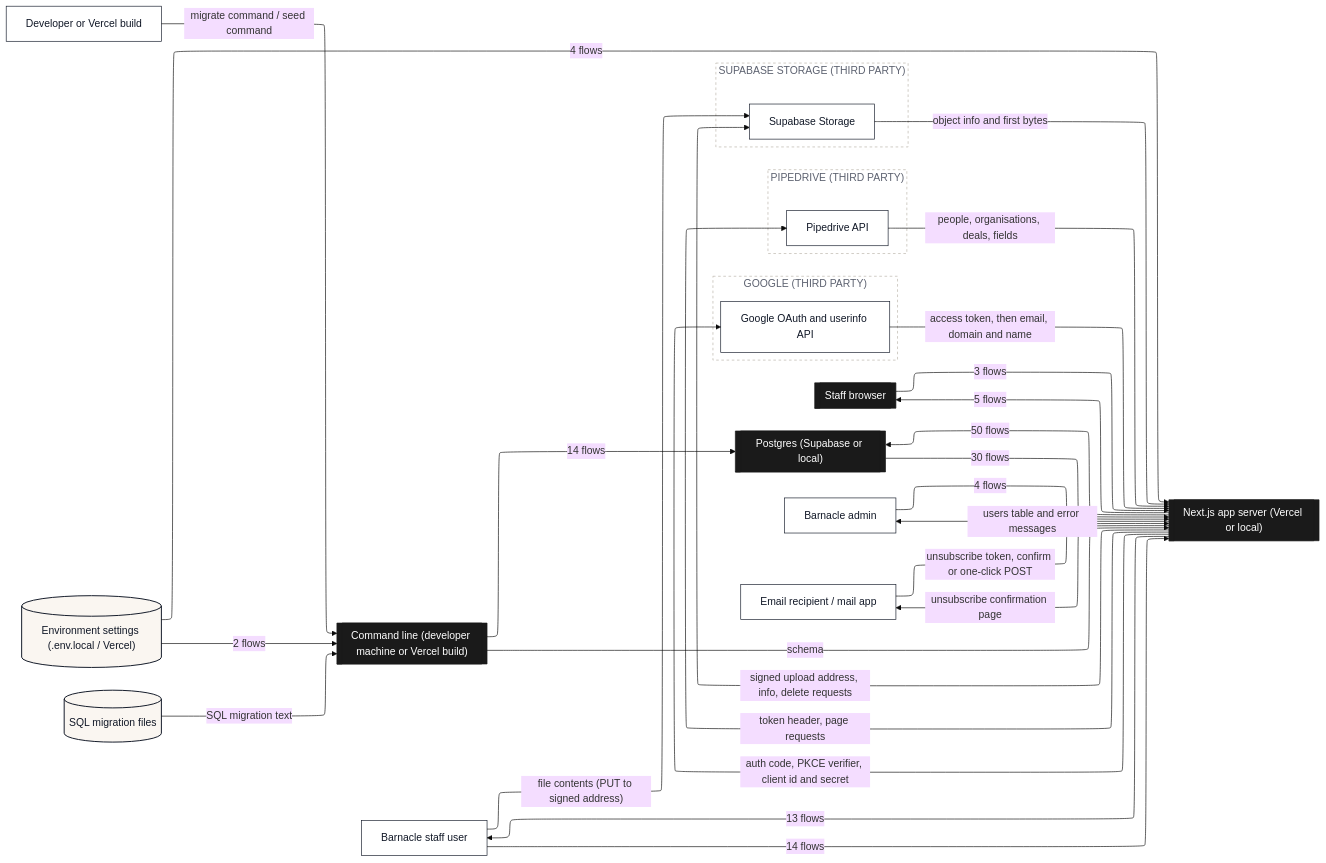
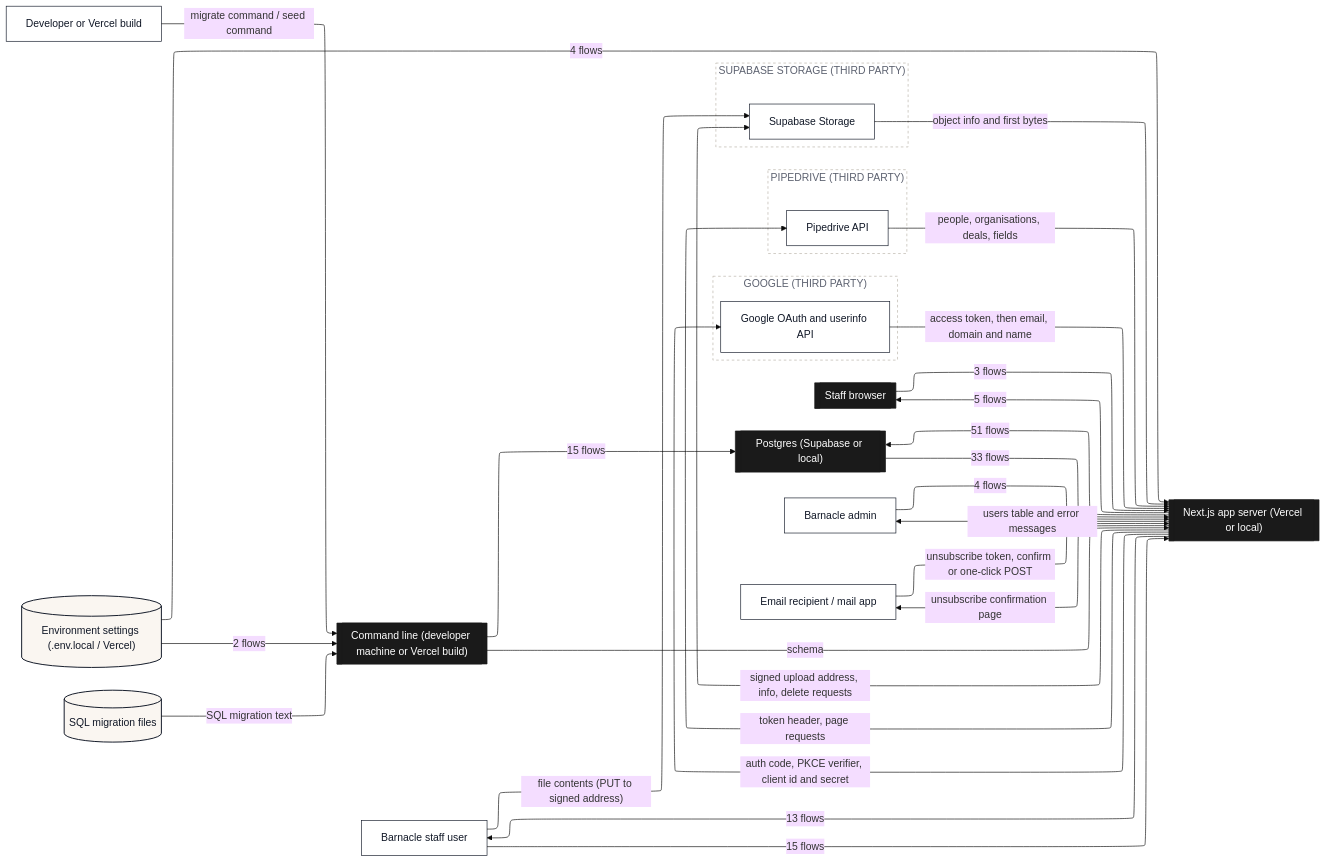
Before and after one commit to Romain-Perche/Barnacle-Pipe: the second of 14 diagrams in dataflow/DATAFLOW.md, drawn with Mermaid (base theme). The commit also changed other lines of this file and 10 other files, not shown here.

````diff
--- a/dataflow/DATAFLOW.md
+++ b/dataflow/DATAFLOW.md
@@ -132,61 +137,61 @@
 ```mermaid
 ---
 config:
   layout: elk
 ---
 flowchart LR
     n1[["Next.js app server (Vercel or local)"]]
     n2[["Staff browser"]]
     n3[["Command line (developer machine or Vercel build)"]]
     n4[["Postgres (Supabase or local)"]]
     n5["Barnacle admin"]
     n6["Developer or Vercel build"]
     n7["Email recipient / mail app"]
     n8[("Environment settings (.env.local / Vercel)")]
     n9[("SQL migration files")]
     n10["Barnacle staff user"]
     subgraph z1["GOOGLE (THIRD PARTY)"]
         n11["Google OAuth and userinfo API"]
     end
     subgraph z2["PIPEDRIVE (THIRD PARTY)"]
         n12["Pipedrive API"]
     end
     subgraph z3["SUPABASE STORAGE (THIRD PARTY)"]
         n13["Supabase Storage"]
     end
-    n1 -->|"50 flows"| n4
+    n1 -->|"51 flows"| n4
     n1 -->|"13 flows"| n10
-    n4 -->|"30 flows"| n1
+    n4 -->|"33 flows"| n1
     n5 -->|"4 flows"| n1
     n2 -->|"3 flows"| n1
     n6 -->|"migrate command / seed command"| n3
     n7 -->|"unsubscribe token, confirm or one-click POST"| n1
     n8 -->|"4 flows"| n1
     n8 -->|"2 flows"| n3
     n1 -->|"5 flows"| n2
     n1 -->|"signed upload address, info, delete requests"| n13
     n1 -->|"auth code, PKCE verifier, client id and secret"| n11
     n11 -->|"access token, then email, domain and name"| n1
-    n3 -->|"14 flows"| n4
+    n3 -->|"15 flows"| n4
     n3 -->|"schema"| n1
     n9 -->|"SQL migration text"| n3
     n12 -->|"people, organisations, deals, fields"| n1
     n1 -->|"token header, page requests"| n12
-    n10 -->|"14 flows"| n1
+    n10 -->|"15 flows"| n1
     n10 -->|"file contents (PUT to signed address)"| n13
     n13 -->|"object info and first bytes"| n1
     n1 -->|"unsubscribe confirmation page"| n7
     n1 -->|"users table and error messages"| n5
     classDef actor fill:#FFFFFF,stroke:#111827,stroke-width:1px,color:#111827
     classDef process fill:#EDEAFF,stroke:#2B00FF,stroke-width:1.5px,color:#111827
     classDef store fill:#FAF6F1,stroke:#111827,stroke-width:1.5px,color:#111827
     classDef zone fill:#1A1A1A,stroke:#1A1A1A,color:#FFFFFF
     classDef group fill:#2B00FF,stroke:#2B00FF,color:#FFFFFF
     classDef stub fill:#FFFFFF,stroke:#2B00FF,stroke-width:1.5px,stroke-dasharray:5 4,color:#2B00FF
     class n5,n6,n7,n10,n11,n12,n13 actor
     class n8,n9 store
     class n1,n2,n3,n4 zone
     style z1 fill:#FFFFFF,stroke:#B9B2A8,stroke-dasharray:4 4,color:#5D6270
     style z2 fill:#FFFFFF,stroke:#B9B2A8,stroke-dasharray:4 4,color:#5D6270
     style z3 fill:#FFFFFF,stroke:#B9B2A8,stroke-dasharray:4 4,color:#5D6270
 ```
````
